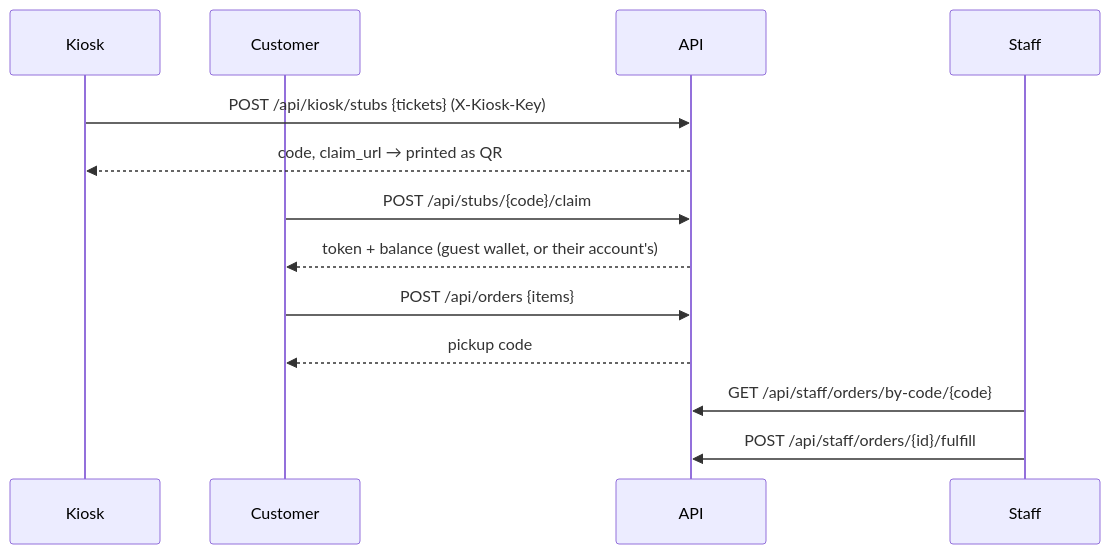
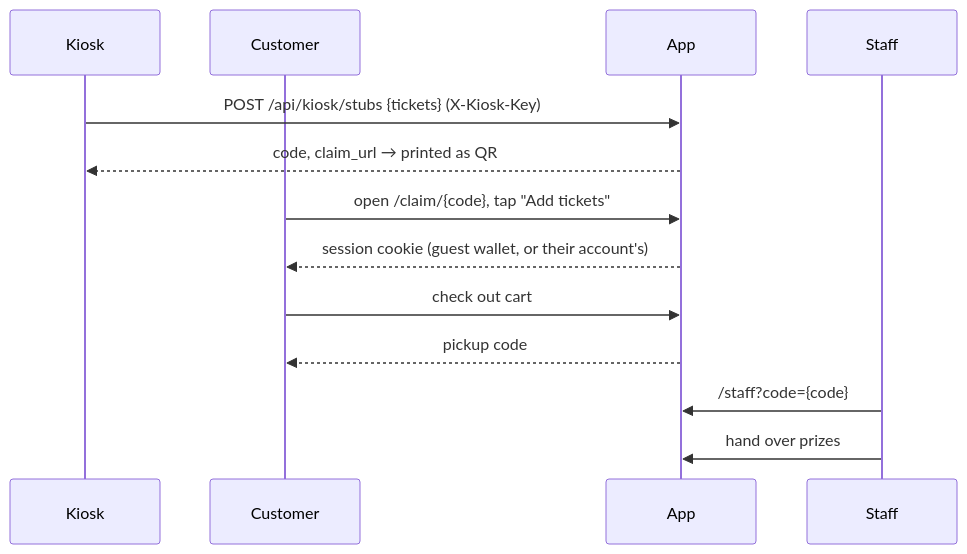
One commit to crossfirebull/ticket2prize changed the first of 2 diagrams in docs/architecture.md. Above: the diagram before and after it, drawn with Mermaid. The commit also changed other lines of this file and 20 other files, not shown here.

````diff
--- a/docs/architecture.md
+++ b/docs/architecture.md
@@ -5,15 +5,15 @@
 ```mermaid
 sequenceDiagram
     participant K as Kiosk
     participant C as Customer
-    participant A as API
+    participant A as App
     participant S as Staff
     K->>A: POST /api/kiosk/stubs {tickets} (X-Kiosk-Key)
     A-->>K: code, claim_url → printed as QR
-    C->>A: POST /api/stubs/{code}/claim
-    A-->>C: token + balance (guest wallet, or their account's)
-    C->>A: POST /api/orders {items}
+    C->>A: open /claim/{code}, tap "Add tickets"
+    A-->>C: session cookie (guest wallet, or their account's)
+    C->>A: check out cart
     A-->>C: pickup code
-    S->>A: GET /api/staff/orders/by-code/{code}
-    S->>A: POST /api/staff/orders/{id}/fulfill
+    S->>A: /staff?code={code}
+    S->>A: hand over prizes
 ```
````
